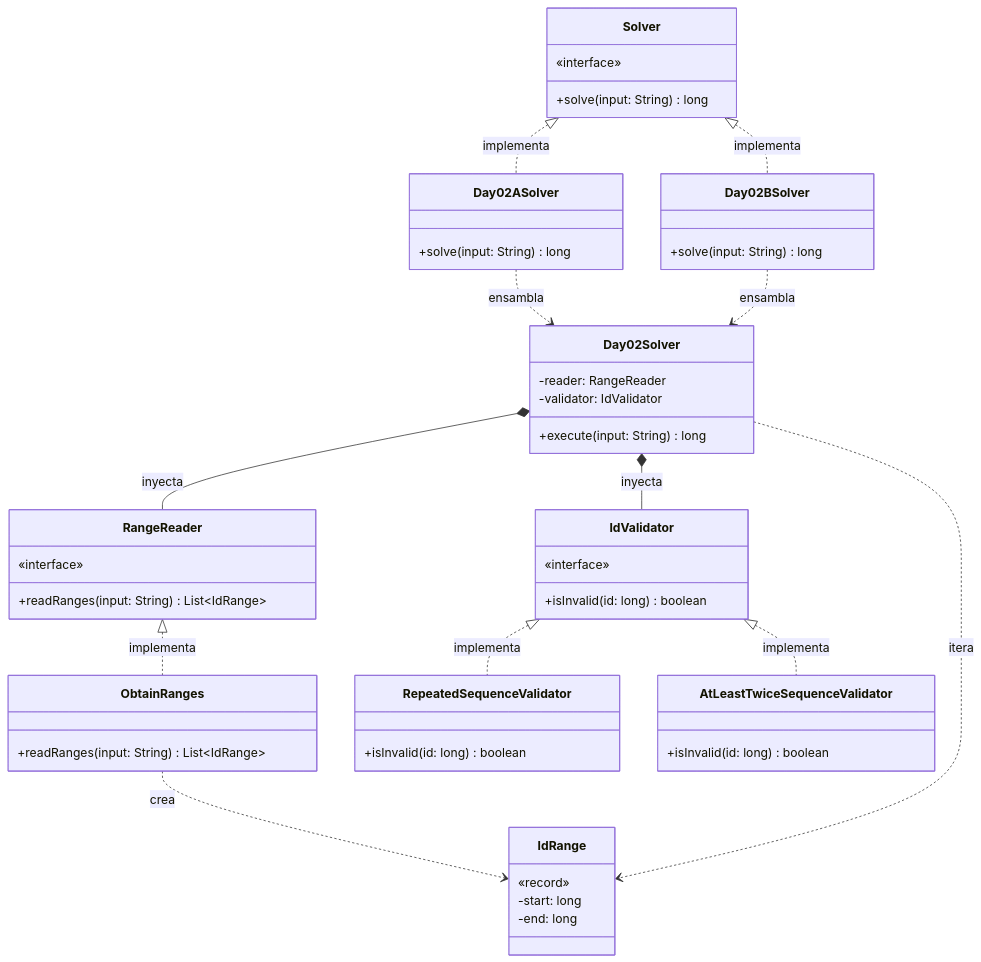
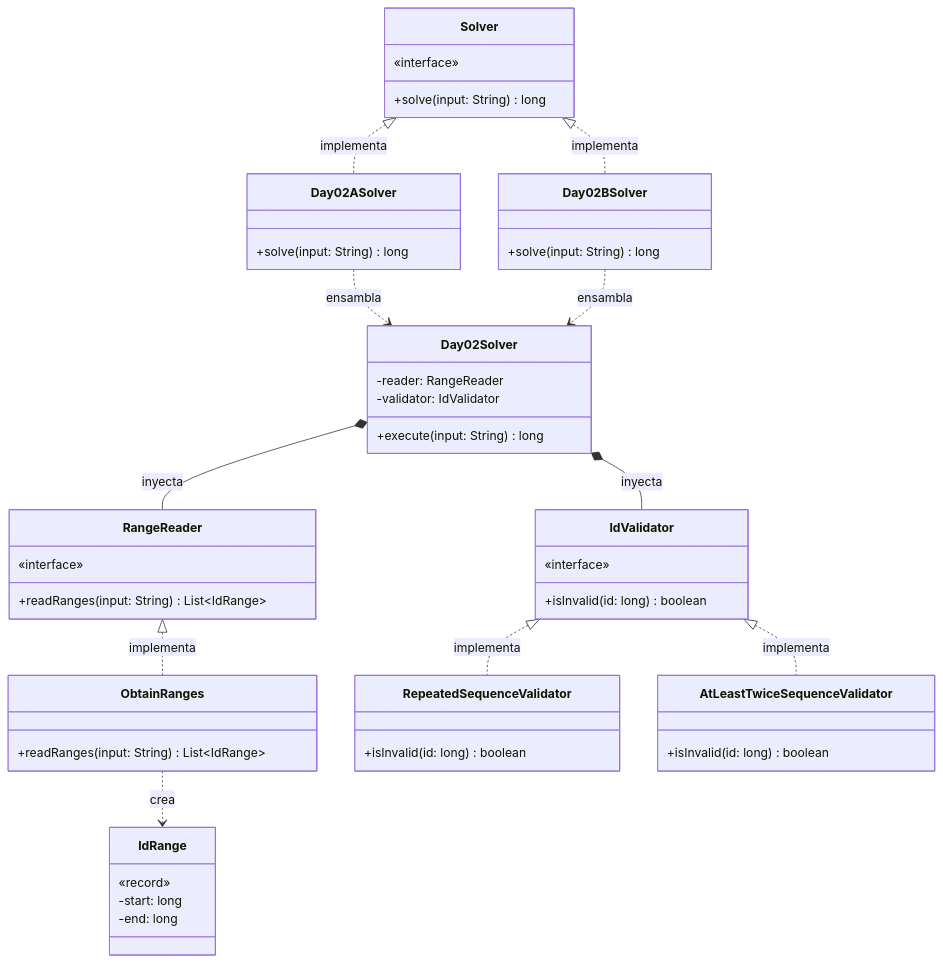
One commit to ivanperezdiaz829/AoC2025 changed the diagram in src/main/java/software/aoc/day02/README.md. Above: the diagram before and after it, drawn with Mermaid.

Commit message:
fix(README): Relations modified

````diff
--- a/src/main/java/software/aoc/day02/README.md
+++ b/src/main/java/software/aoc/day02/README.md
@@ -38,66 +38,65 @@
 ```mermaid
 classDiagram
   class Solver {
     «interface»
     +solve(input: String) long
   }
 
   class Day02ASolver {
     +solve(input: String) long
   }
 
   class Day02BSolver {
     +solve(input: String) long
   }
 
   class Day02Solver {
     -reader: RangeReader
     -validator: IdValidator
     +execute(input: String) long
   }
 
   class IdRange {
     «record»
     -start: long
     -end: long
   }
 
   class RangeReader {
     «interface»
     +readRanges(input: String) List~IdRange~
   }
 
   class ObtainRanges {
     +readRanges(input: String) List~IdRange~
   }
 
   class IdValidator {
     «interface»
     +isInvalid(id: long) boolean
   }
 
   class RepeatedSequenceValidator {
     +isInvalid(id: long) boolean
   }
 
   class AtLeastTwiceSequenceValidator {
     +isInvalid(id: long) boolean
   }
 
 %% Relaciones de Implementación
   Solver <|.. Day02ASolver : implementa
   Solver <|.. Day02BSolver : implementa
   RangeReader <|.. ObtainRanges : implementa
   IdValidator <|.. RepeatedSequenceValidator : implementa
   IdValidator <|.. AtLeastTwiceSequenceValidator : implementa
 
 %% Relaciones de Orquestación e Inyección
   Day02ASolver ..> Day02Solver : ensambla
   Day02BSolver ..> Day02Solver : ensambla
   Day02Solver *-- RangeReader : inyecta
   Day02Solver *-- IdValidator : inyecta
 
 %% Dependencias de Dominio (Value Objects e Inmutabilidad)
   ObtainRanges ..> IdRange : crea
-  Day02Solver ..> IdRange : itera
 ```
````
